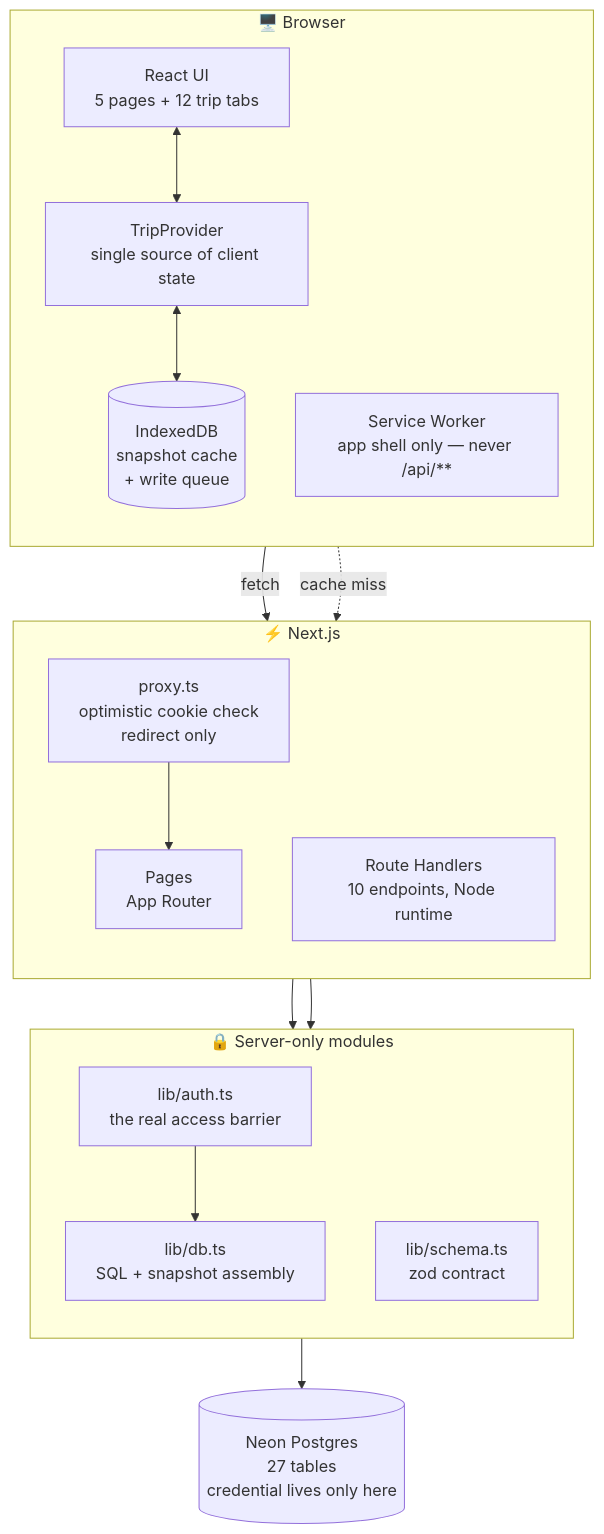
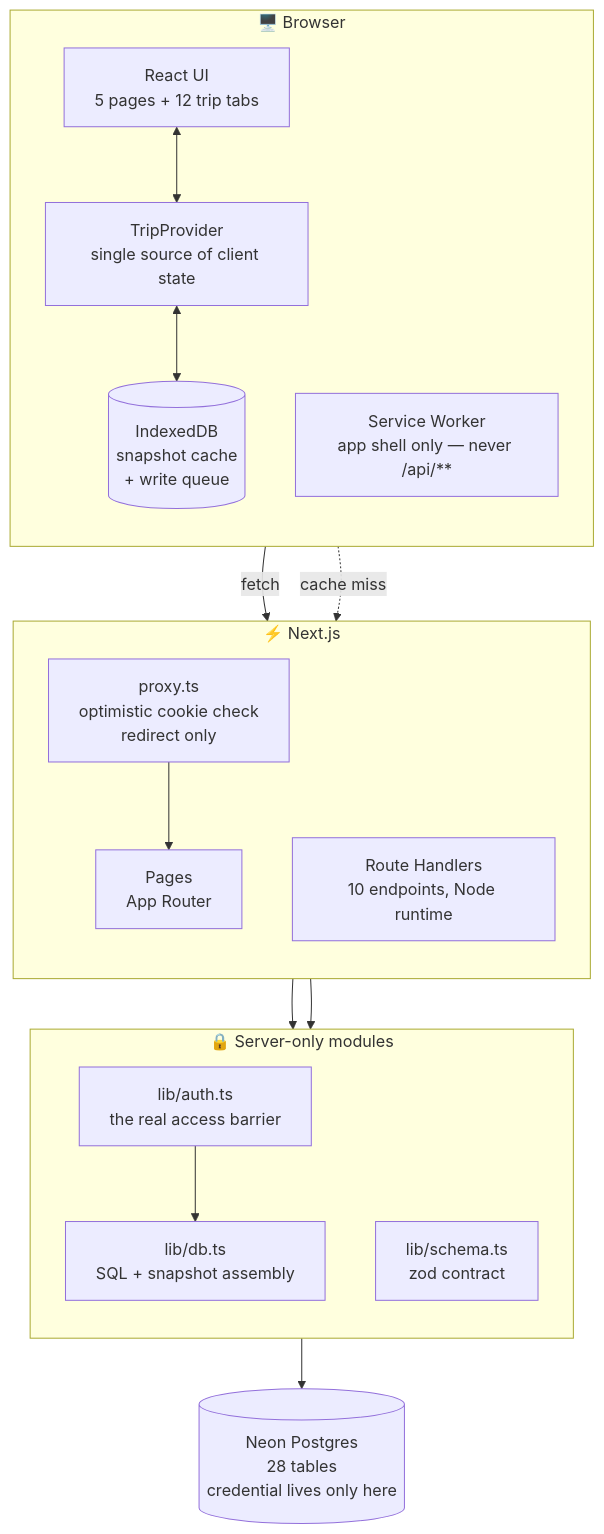
Before and after one commit to almeidaleo1995/trip-go: the first of 14 diagrams in README.md, drawn with Mermaid. The commit also changed other lines of this file and 3 other files, not shown here.

````diff
--- a/README.md
+++ b/README.md
@@ -58,34 +59,34 @@
 ```mermaid
 flowchart TB
     subgraph BROWSER["🖥️ Browser"]
         direction TB
         UI["React UI<br/>5 pages + 12 trip tabs"]
         TP["TripProvider<br/>single source of client state"]
         IDB[("IndexedDB<br/>snapshot cache<br/>+ write queue")]
         SW["Service Worker<br/>app shell only — never /api/**"]
         UI <--> TP
         TP <--> IDB
     end
 
     subgraph EDGE["⚡ Next.js"]
         direction TB
         PROXY["proxy.ts<br/>optimistic cookie check<br/>redirect only"]
         RSC["Pages<br/>App Router"]
         API["Route Handlers<br/>10 endpoints, Node runtime"]
     end
 
     subgraph SERVER["🔒 Server-only modules"]
         direction TB
         AUTH["lib/auth.ts<br/>the real access barrier"]
         SCHEMA["lib/schema.ts<br/>zod contract"]
         DB["lib/db.ts<br/>SQL + snapshot assembly"]
     end
 
-    NEON[("Neon Postgres<br/>27 tables<br/>credential lives only here")]
+    NEON[("Neon Postgres<br/>28 tables<br/>credential lives only here")]
 
     TP -->|"fetch"| API
     SW -.->|"cache miss"| RSC
     PROXY --> RSC
     API --> AUTH --> DB --> NEON
     API --> SCHEMA
 ```
````
